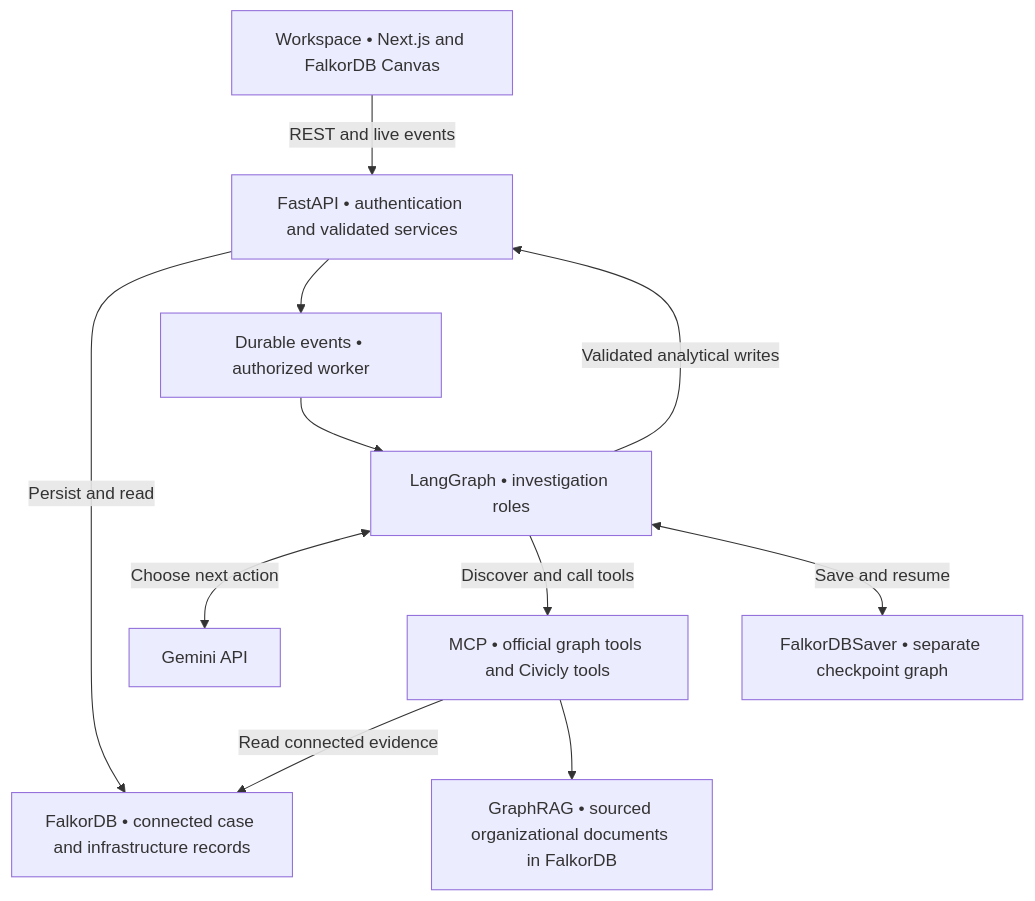
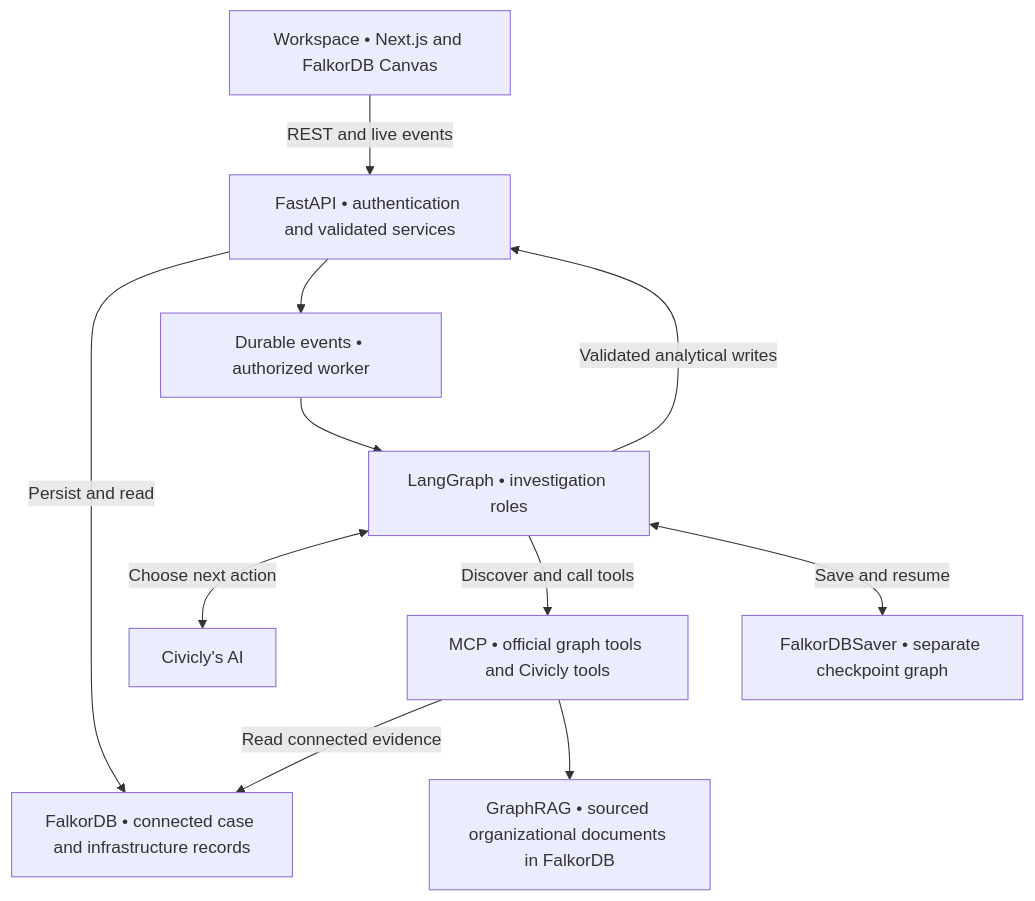
Before and after one commit to krvikash05/Civicly: the third of 4 diagrams in README.md, drawn with Mermaid. The commit also changed other lines of this file, not shown here.

Commit message:
Use Civicly AI branding throughout README

````diff
--- a/README.md
+++ b/README.md
@@ -170,13 +170,13 @@
 ```mermaid
 flowchart TB
     UI["Workspace • Next.js and FalkorDB Canvas"] -->|REST and live events| API["FastAPI • authentication and validated services"]
     API -->|Persist and read| KG["FalkorDB • connected case and infrastructure records"]
     API --> EVENTS["Durable events • authorized worker"]
     EVENTS --> AGENT["LangGraph • investigation roles"]
-    AGENT <-->|Choose next action| GEMINI[Gemini API]
+    AGENT <-->|Choose next action| CIVICLY_AI["Civicly's AI"]
     AGENT -->|Discover and call tools| MCP["MCP • official graph tools and Civicly tools"]
     MCP -->|Read connected evidence| KG
     AGENT -->|Validated analytical writes| API
     MCP --> DOCS["GraphRAG • sourced organizational documents in FalkorDB"]
     AGENT <-->|Save and resume| CHECKPOINTS["FalkorDBSaver • separate checkpoint graph"]
 ```
````
